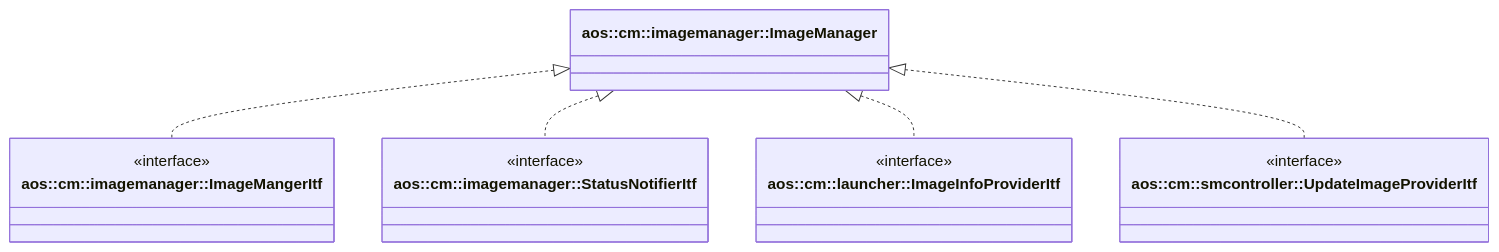
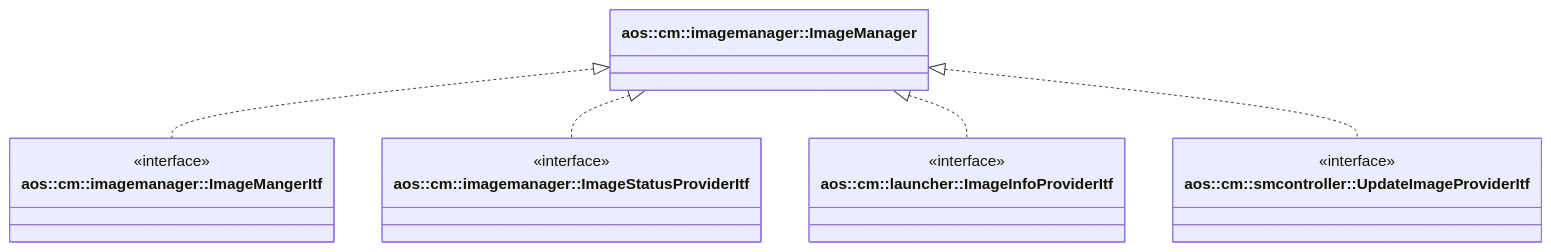
The diagram in src/core/cm/imagemanager/imagemanager.md (aosedge/aos_core_lib_cpp), drawn with Mermaid before and after one commit. The commit also changed other lines of this file and 5 other files, not shown here.

Commit message:
cm: imagemanager: rename status notifier to image status provider

````diff
--- a/src/core/cm/imagemanager/imagemanager.md
+++ b/src/core/cm/imagemanager/imagemanager.md
@@ -17,26 +19,26 @@
 ```mermaid
 classDiagram
-    class ImageManager["aos::cm::imagemanager::ImageManager"] {
+    class ImageManager ["aos::cm::imagemanager::ImageManager"] {
     }
 
-    class ImageManagerItf["aos::cm::imagemanager::ImageMangerItf"] {
+    class ImageManagerItf ["aos::cm::imagemanager::ImageMangerItf"] {
         <<interface>>
     }
 
-    class StatusNotifierItf ["aos::cm::imagemanager::StatusNotifierItf"] {
+    class ImageStatusProviderItf ["aos::cm::imagemanager::ImageStatusProviderItf"] {
         <<interface>>
     }
 
     class ImageInfoProviderItf ["aos::cm::launcher::ImageInfoProviderItf"] {
         <<interface>>
     }
 
     class UpdateImageProviderItf ["aos::cm::smcontroller::UpdateImageProviderItf"] {
         <<interface>>
     }
 
     ImageManager <|.. ImageManagerItf
-    ImageManager <|.. StatusNotifierItf
+    ImageManager <|.. ImageStatusProviderItf
     ImageManager <|.. ImageInfoProviderItf
     ImageManager <|.. UpdateImageProviderItf
 ```
````
